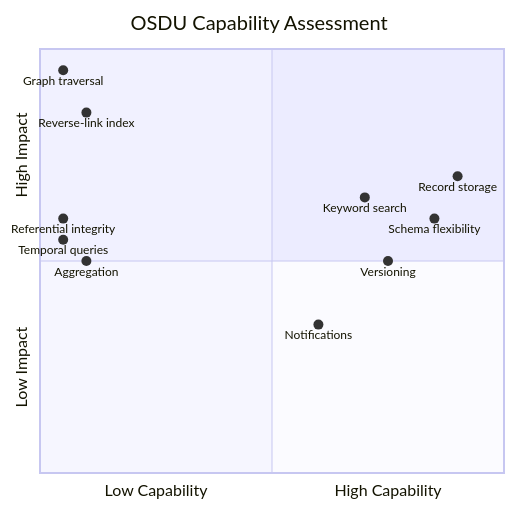
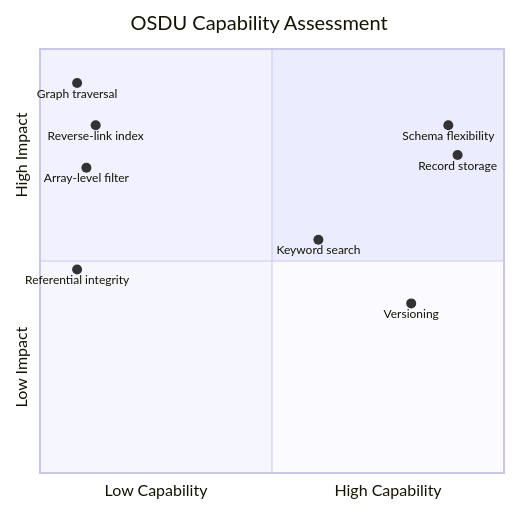
The sixth of 11 diagrams in md/OsduBdOntology.md (equinor/ores), drawn with Mermaid before and after one commit.

Commit message:
ores: pre-subtree sync 2026-08-20 09:29

````diff
--- a/md/OsduBdOntology.md
+++ b/md/OsduBdOntology.md
@@ -311,16 +311,14 @@
 ```mermaid
 quadrantChart
     title OSDU Capability Assessment
     x-axis "Low Capability" --> "High Capability"
     y-axis "Low Impact" --> "High Impact"
-    "Record storage": [0.9, 0.7]
-    "Schema flexibility": [0.85, 0.6]
-    "Keyword search": [0.7, 0.65]
-    "Versioning": [0.75, 0.5]
-    "Graph traversal": [0.05, 0.95]
-    "Reverse-link index": [0.1, 0.85]
-    "Referential integrity": [0.05, 0.6]
-    "Aggregation": [0.1, 0.5]
-    "Temporal queries": [0.05, 0.55]
-    "Notifications": [0.6, 0.35]
+    "Record storage": [0.9, 0.75]
+    "Schema flexibility": [0.88, 0.82]
+    "Keyword search": [0.6, 0.55]
+    "Versioning": [0.8, 0.4]
+    "Graph traversal": [0.08, 0.92]
+    "Reverse-link index": [0.12, 0.82]
+    "Array-level filter": [0.1, 0.72]
+    "Referential integrity": [0.08, 0.48]
 ```
````
